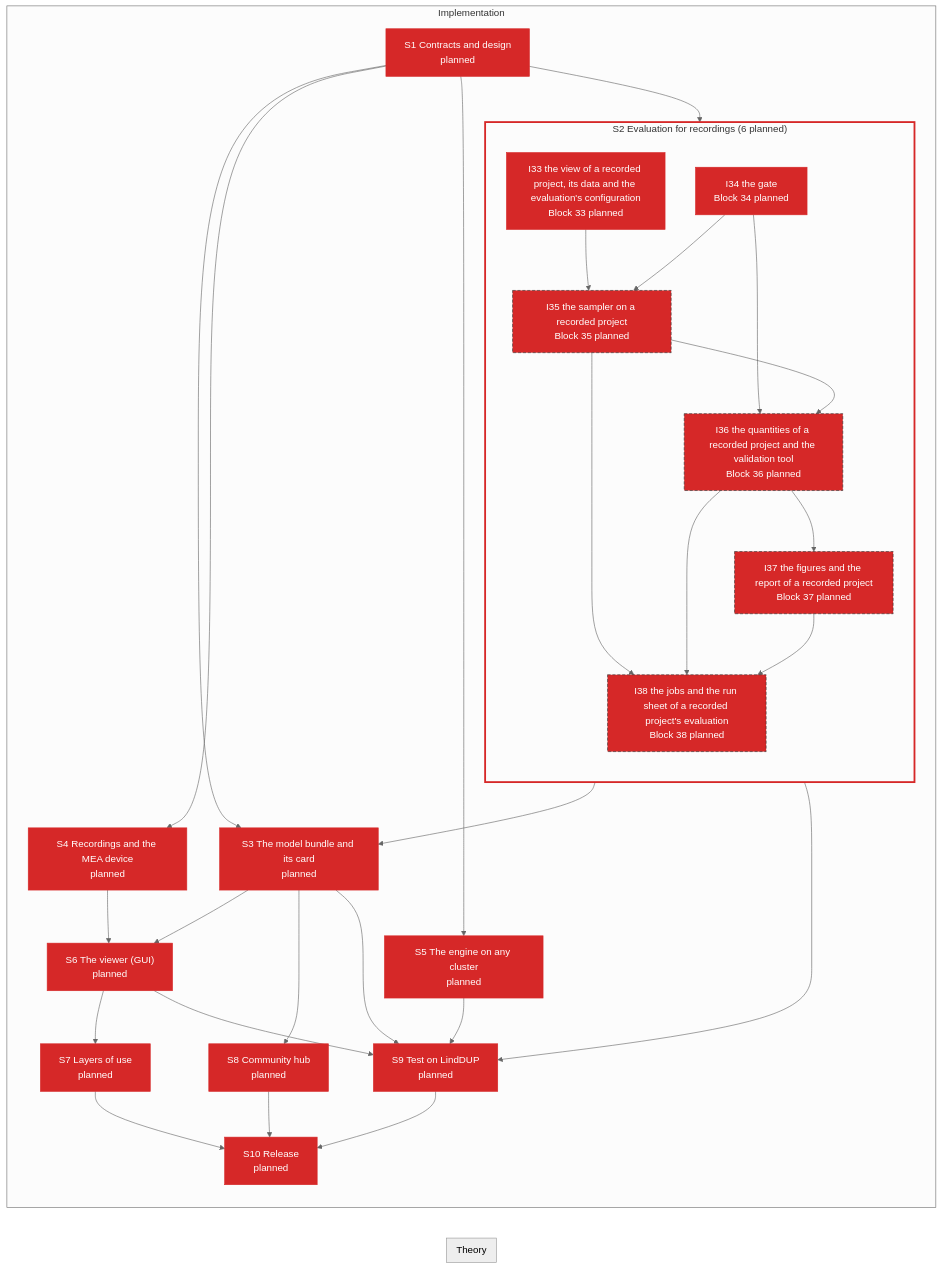
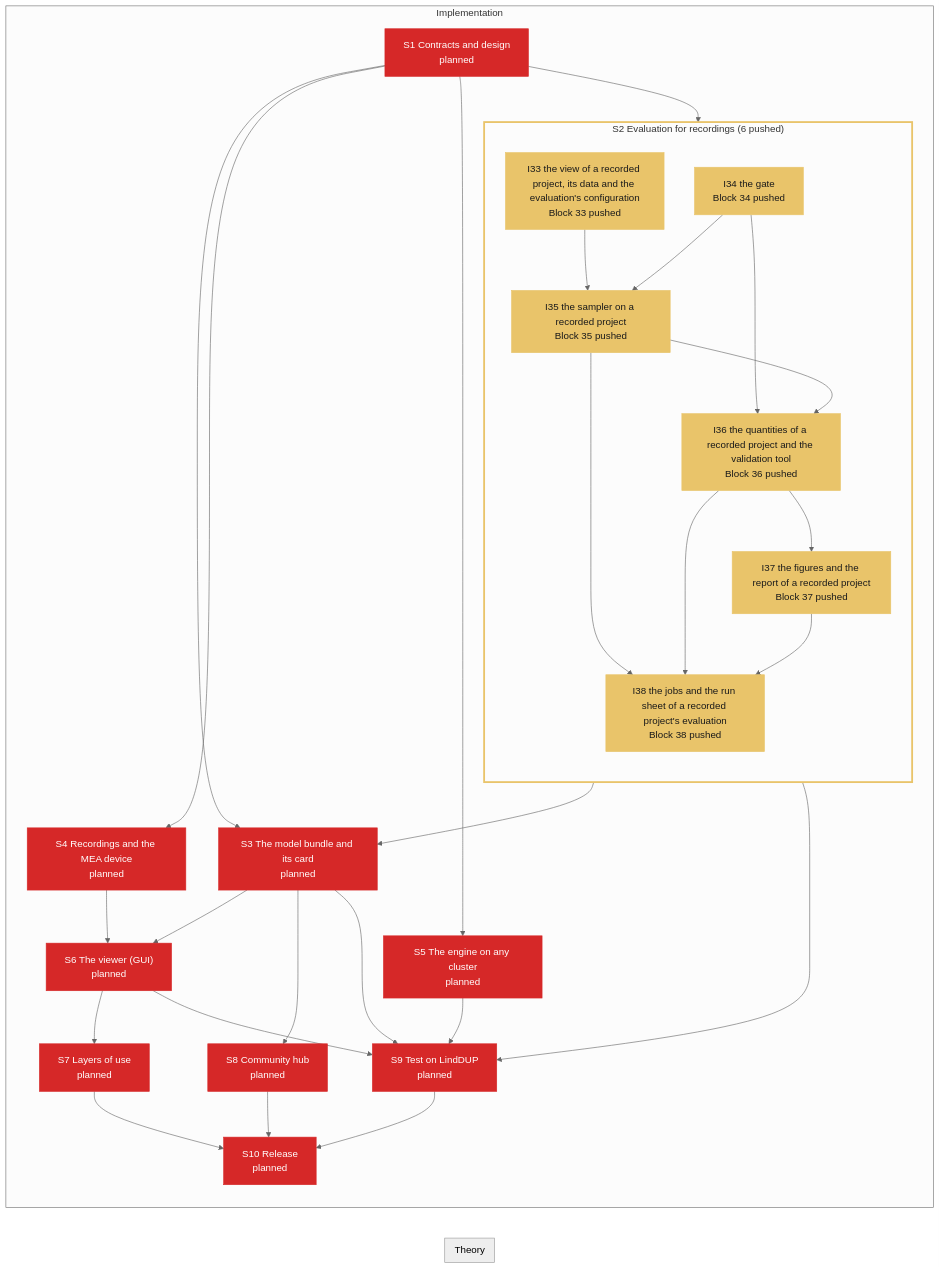
One commit to Leonardodm00/Simulation-Based-Inference changed the diagram in specs/roadmap/tool.md. Above: the diagram before and after it, drawn with Mermaid (neutral theme). The commit also changed other lines of this file, not shown here.

Commit message:
roadmap: tool, blocks 33-38 pushed (rendered)
Claude-Session: https://claude.ai/code/session_015FuK9waJUq8JtaZq99jETA

````diff
--- a/specs/roadmap/tool.md
+++ b/specs/roadmap/tool.md
@@ -5,65 +5,64 @@
 ```mermaid
 flowchart LR
     classDef planned fill:#d62828,color:#ffffff,stroke:#d62828
     classDef local fill:#f77f00,color:#1a1a1a,stroke:#f77f00
     classDef pushed fill:#e9c46a,color:#1a1a1a,stroke:#e9c46a
     classDef testing fill:#3a86ff,color:#ffffff,stroke:#3a86ff
     classDef tested fill:#2a9d8f,color:#ffffff,stroke:#2a9d8f
     classDef running fill:#8338ec,color:#ffffff,stroke:#8338ec
     classDef failing fill:#b5174e,color:#ffffff,stroke:#b5174e
     classDef done fill:#2d9a3d,color:#ffffff,stroke:#2d9a3d
     classDef open fill:#8d99ae,color:#1a1a1a,stroke:#8d99ae
     classDef studying fill:#3a86ff,color:#ffffff,stroke:#3a86ff
     classDef closed fill:#2d9a3d,color:#ffffff,stroke:#2d9a3d
     classDef blocked stroke-dasharray:5 3,stroke:#333
     subgraph theory["Theory"]
         direction TB
     end
     subgraph impl["Implementation"]
         direction TB
         S1["S1 Contracts and design<br/>planned"]:::planned
-        subgraph grp_S2["S2 Evaluation for recordings (6 planned)"]
+        subgraph grp_S2["S2 Evaluation for recordings (6 pushed)"]
             direction TB
-            I33["I33 the view of a recorded project, its data and the evaluation's configuration<br/>Block 33 planned"]:::planned
-            I34["I34 the gate<br/>Block 34 planned"]:::planned
-            I35["I35 the sampler on a recorded project<br/>Block 35 planned"]:::planned
-            I36["I36 the quantities of a recorded project and the validation tool<br/>Block 36 planned"]:::planned
-            I37["I37 the figures and the report of a recorded project<br/>Block 37 planned"]:::planned
-            I38["I38 the jobs and the run sheet of a recorded project's evaluation<br/>Block 38 planned"]:::planned
+            I33["I33 the view of a recorded project, its data and the evaluation's configuration<br/>Block 33 pushed"]:::pushed
+            I34["I34 the gate<br/>Block 34 pushed"]:::pushed
+            I35["I35 the sampler on a recorded project<br/>Block 35 pushed"]:::pushed
+            I36["I36 the quantities of a recorded project and the validation tool<br/>Block 36 pushed"]:::pushed
+            I37["I37 the figures and the report of a recorded project<br/>Block 37 pushed"]:::pushed
+            I38["I38 the jobs and the run sheet of a recorded project's evaluation<br/>Block 38 pushed"]:::pushed
         end
         S3["S3 The model bundle and its card<br/>planned"]:::planned
         S4["S4 Recordings and the MEA device<br/>planned"]:::planned
         S5["S5 The engine on any cluster<br/>planned"]:::planned
         S6["S6 The viewer (GUI)<br/>planned"]:::planned
         S7["S7 Layers of use<br/>planned"]:::planned
         S8["S8 Community hub<br/>planned"]:::planned
         S9["S9 Test on LindDUP<br/>planned"]:::planned
         S10["S10 Release<br/>planned"]:::planned
         S1 --> grp_S2
         S1 --> S3
         grp_S2 --> S3
         S1 --> S4
         S1 --> S5
         S3 --> S6
         S4 --> S6
         S6 --> S7
         S3 --> S8
         grp_S2 --> S9
         S3 --> S9
         S5 --> S9
         S6 --> S9
         S7 --> S10
         S8 --> S10
         S9 --> S10
         I33 --> I35
         I34 --> I35
         I34 --> I36
         I35 --> I36
         I36 --> I37
         I35 --> I38
         I36 --> I38
         I37 --> I38
     end
-    class I35,I36,I37,I38 blocked
-    style grp_S2 stroke:#d62828,stroke-width:3px
+    style grp_S2 stroke:#e9c46a,stroke-width:3px
 ```
````
